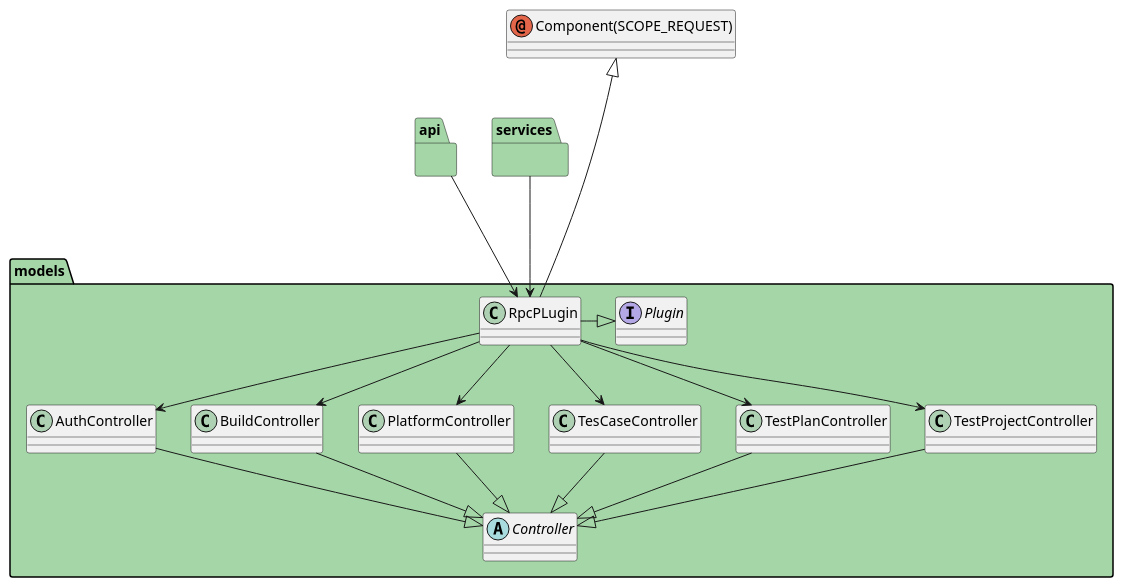
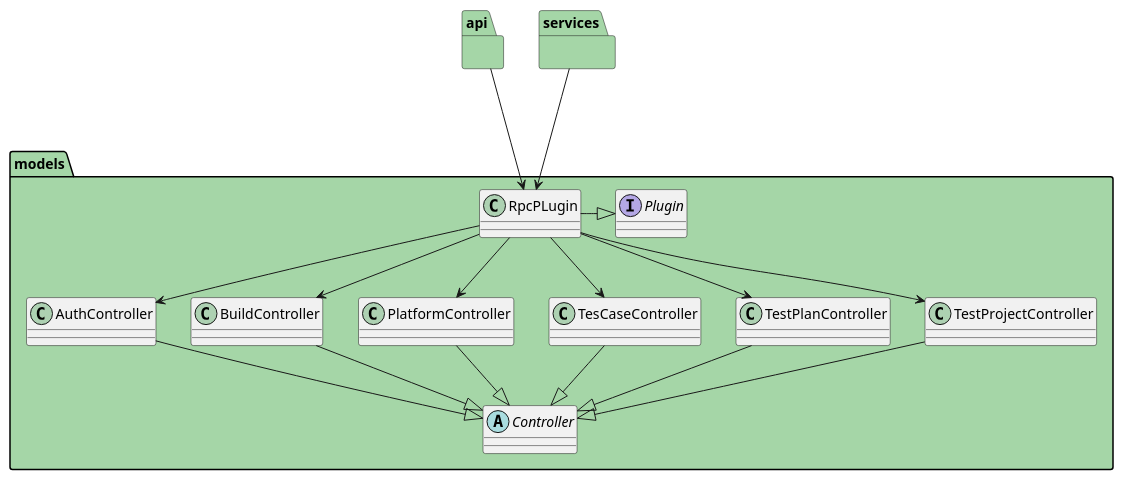
The diagram in docs/logical-view/class.diagram.wsd (MarcoCaballero/testlink-plugin), drawn with PlantUML before and after one commit. The commit also changed 27 other files, not shown here.

Commit message:
Updating UML docs [--deploy-DockerHub]

```diff
--- a/docs/logical-view/class.diagram.wsd
+++ b/docs/logical-view/class.diagram.wsd
@@ -1,32 +1,30 @@
 @startuml Class Diagram
 
-annotation "Component(SCOPE_REQUEST)" as comp
 
 package api #A5D6A7 {
 }
 package services #A5D6A7 {
 }
 package models #A5D6A7 {
     interface Plugin
     abstract class Controller
     Plugin <|-left- RpcPLugin
-    comp <|-down--- RpcPLugin
     RpcPLugin --> AuthController
     RpcPLugin --> BuildController
     RpcPLugin --> PlatformController
     RpcPLugin --> TesCaseController
     RpcPLugin --> TestPlanController
     RpcPLugin --> TestProjectController
 
     AuthController --|> Controller
     BuildController --|> Controller
     PlatformController --|> Controller
     TesCaseController --|> Controller
     TestPlanController --|> Controller
     TestProjectController --|> Controller
 }
 
 api --down-> RpcPLugin
 services --down-> RpcPLugin
 
 @enduml
```
